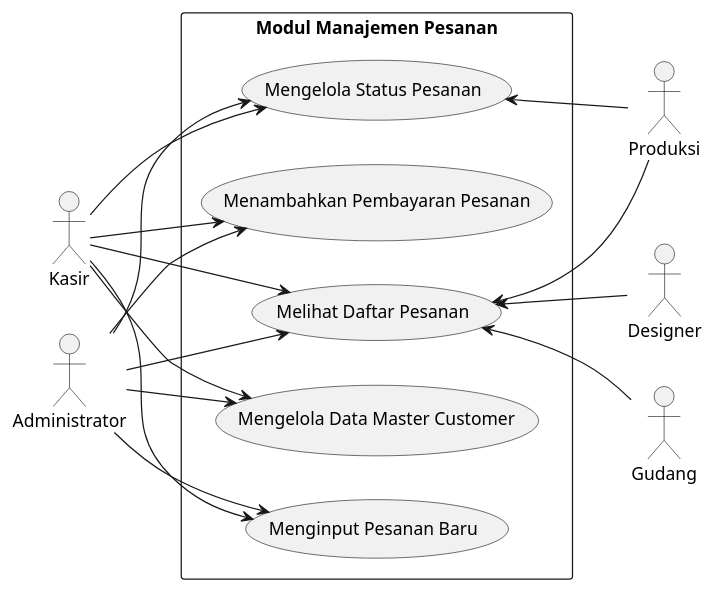
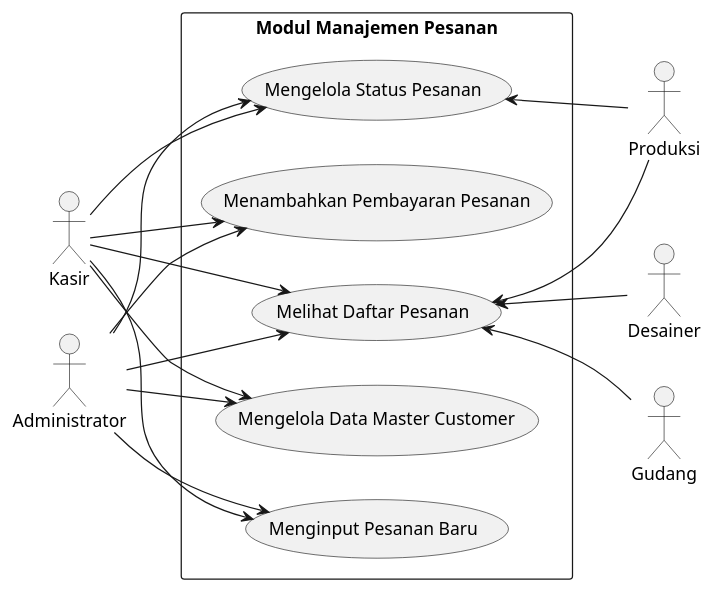
Before and after one commit to Fikrianamm/skripsi-pos: the diagram in diagram/usecase/pesanan.puml, drawn with PlantUML. The commit also changed 197 other files, not shown here.

```diff
--- a/diagram/usecase/pesanan.puml
+++ b/diagram/usecase/pesanan.puml
@@ -1,38 +1,38 @@
 @startuml use case pesanan
 left to right direction
 skinparam packageStyle rectangle
 skinparam BackgroundColor transparent
 
 actor "Kasir" as kasir
 actor "Administrator" as admin
 actor "Produksi" as produksi
-actor "Designer" as designer
+actor "Desainer" as designer
 actor "Gudang" as gudang
 
 package "Modul Manajemen Pesanan" {
   usecase "Mengelola Data Master Customer" as UC1
   usecase "Menginput Pesanan Baru" as UC2
   usecase "Melihat Daftar Pesanan" as UC3
   usecase "Menambahkan Pembayaran Pesanan" as UC4
   usecase "Mengelola Status Pesanan" as UC5
 }
 
 kasir --> UC1
 kasir --> UC2
 kasir --> UC3
 kasir --> UC4
 kasir --> UC5
 
 admin --> UC1
 admin --> UC2
 admin --> UC3
 admin --> UC4
 admin --> UC5
 
 UC3 <-- produksi
 UC5 <-- produksi
 
 UC3 <-- designer
 UC3 <-- gudang
 
 @enduml
```
